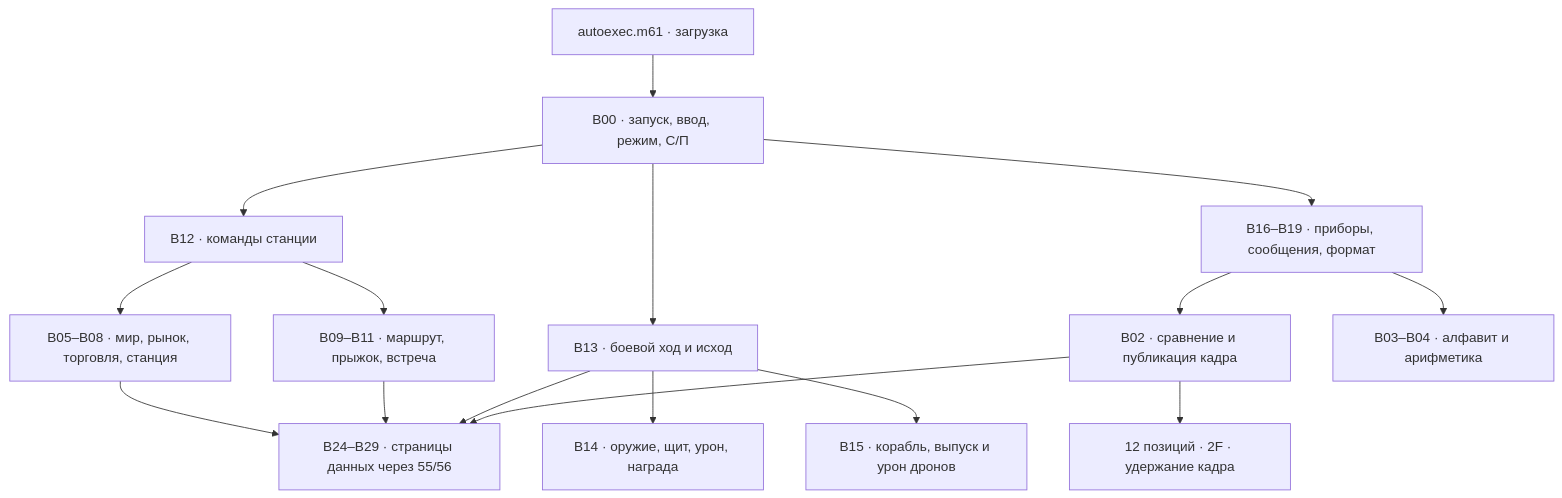
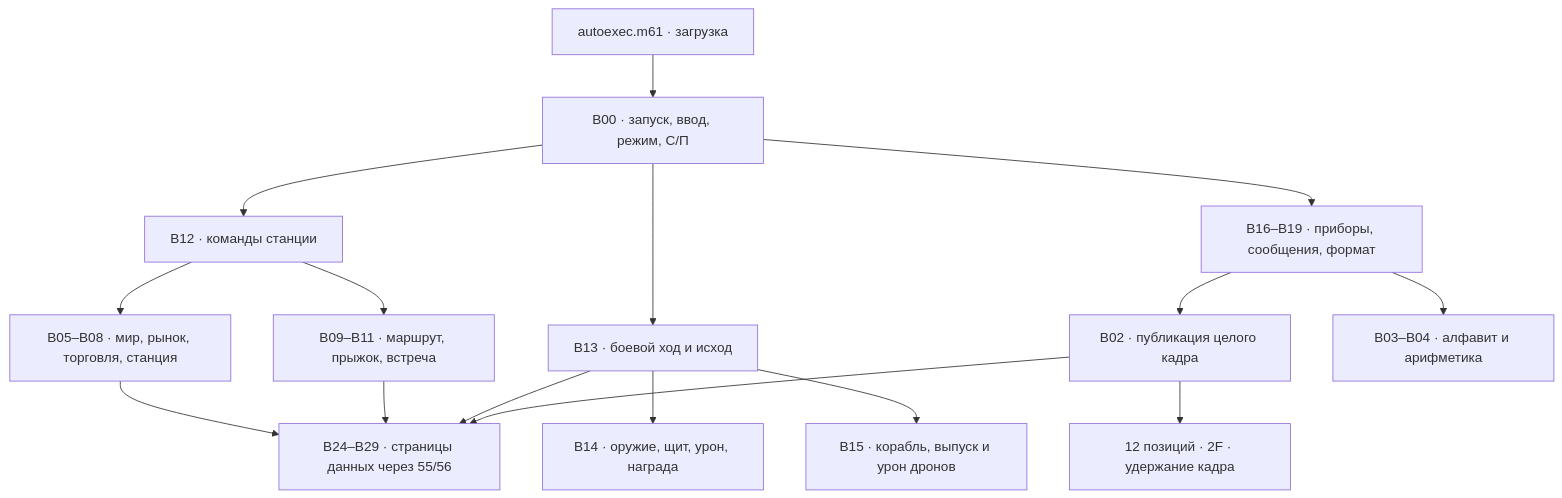
One commit to bolknote/MK61S_MINI changed the diagram in doc/design/Segment-Elite.md. Above: the diagram before and after it, drawn with Mermaid. The commit also changed other lines of this file and 12 other files, not shown here.

````diff
--- a/doc/design/Segment-Elite.md
+++ b/doc/design/Segment-Elite.md
@@ -19,18 +19,18 @@
 ```mermaid
 flowchart TD
     L["autoexec.m61 · загрузка"] --> K["B00 · запуск, ввод, режим, С/П"]
     K --> I["B12 · команды станции"]
     I --> T["B05–B08 · мир, рынок, торговля, станция"]
     I --> N["B09–B11 · маршрут, прыжок, встреча"]
     K --> B["B13 · боевой ход и исход"]
     B --> W["B14 · оружие, щит, урон, награда"]
     B --> E["B15 · корабль, выпуск и урон дронов"]
     K --> V["B16–B19 · приборы, сообщения, формат"]
-    V --> D["B02 · сравнение и публикация кадра"]
+    V --> D["B02 · публикация целого кадра"]
     V --> G["B03–B04 · алфавит и арифметика"]
     D --> LCD["12 позиций · 2F · удержание кадра"]
     T --> P["B24–B29 · страницы данных через 55/56"]
     N --> P
     B --> P
     D --> P
 ```
````
